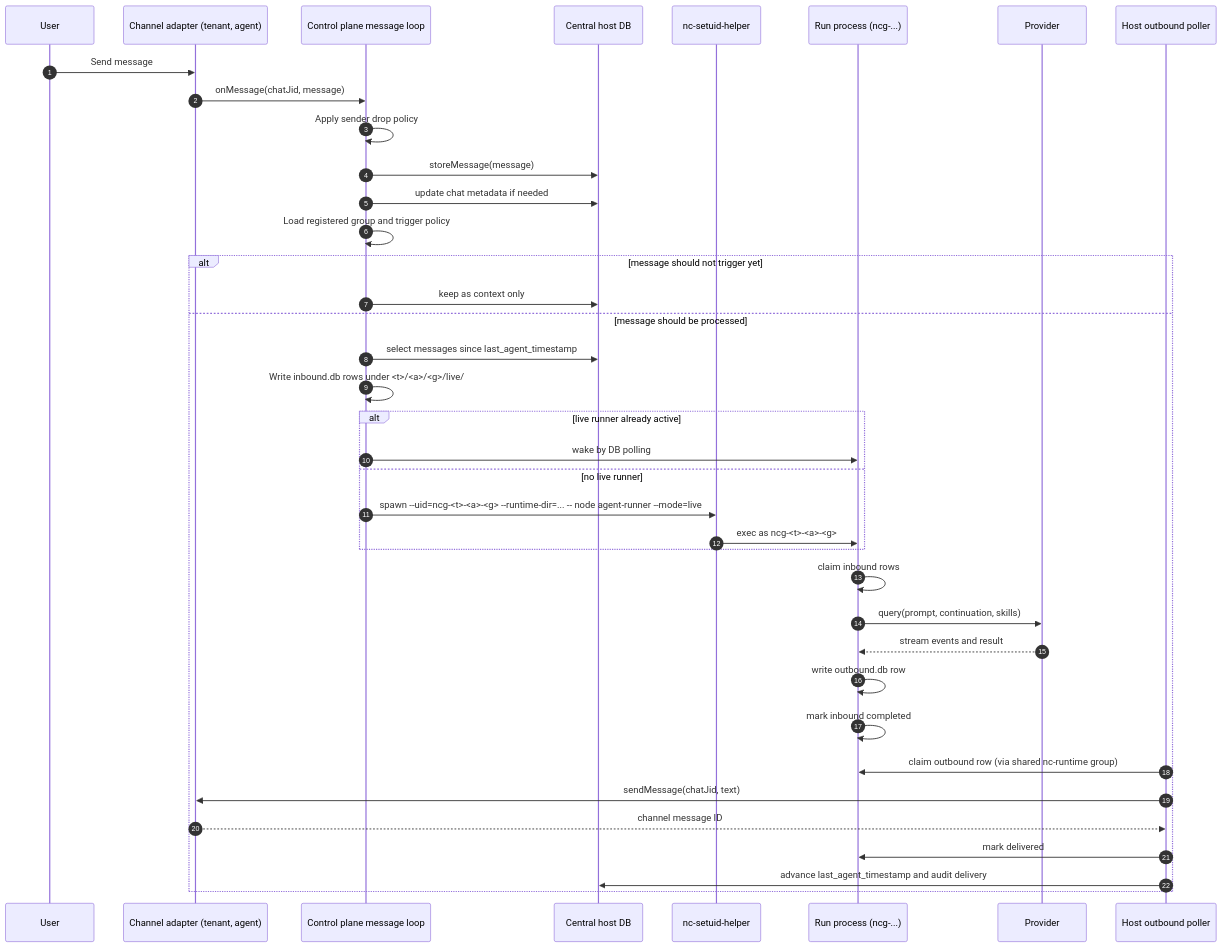
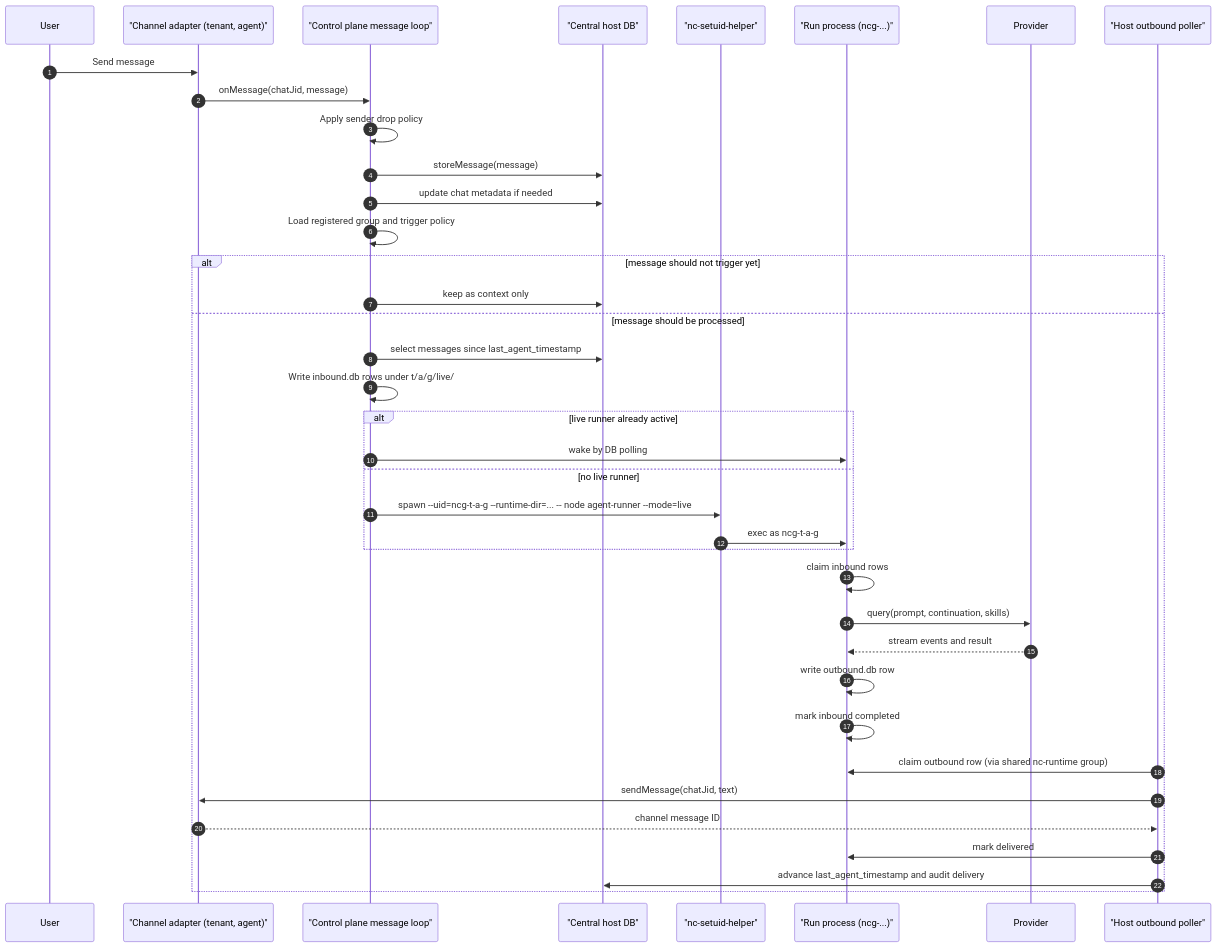
Before and after one commit to xi-qian/nanoclaw: the first of 5 diagrams in docs/runtime-rework/TARGET_ARCHITECTURE_DETAILS.md, drawn with Mermaid. The commit also changed other lines of this file, not shown here.

Commit message:
docs: fix mermaid rendering in target architecture diagrams
Sequence diagrams failed to render because angle brackets in message
text (<t>, <a>, <g>) were interpreted as HTML tags. Fix:
- Quote participant aliases containing parentheses
- Replace <t>/<a>/<g> with t/a/g in message text
- Remove parentheses from message text in tool flow diagram
- Replace /runtime/<t>/<a>/<g>/ with /runtime/t/a/g/ in skill deployment

````diff
--- a/docs/runtime-rework/TARGET_ARCHITECTURE_DETAILS.md
+++ b/docs/runtime-rework/TARGET_ARCHITECTURE_DETAILS.md
@@ -277,41 +277,41 @@
 ```mermaid
 sequenceDiagram
   autonumber
   participant User
-  participant Channel as Channel adapter (tenant, agent)
-  participant Host as Control plane message loop
-  participant DB as Central host DB
-  participant Helper as nc-setuid-helper
-  participant Runner as Run process (ncg-...)
+  participant Channel as "Channel adapter (tenant, agent)"
+  participant Host as "Control plane message loop"
+  participant DB as "Central host DB"
+  participant Helper as "nc-setuid-helper"
+  participant Runner as "Run process (ncg-...)"
   participant Provider
-  participant Outbound as Host outbound poller
+  participant Outbound as "Host outbound poller"
 
   User->>Channel: Send message
   Channel->>Host: onMessage(chatJid, message)
   Host->>Host: Apply sender drop policy
   Host->>DB: storeMessage(message)
   Host->>DB: update chat metadata if needed
   Host->>Host: Load registered group and trigger policy
   alt message should not trigger yet
     Host->>DB: keep as context only
   else message should be processed
     Host->>DB: select messages since last_agent_timestamp
-    Host->>Host: Write inbound.db rows under <t>/<a>/<g>/live/
+    Host->>Host: Write inbound.db rows under t/a/g/live/
     alt live runner already active
       Host->>Runner: wake by DB polling
     else no live runner
-      Host->>Helper: spawn --uid=ncg-<t>-<a>-<g> --runtime-dir=... -- node agent-runner --mode=live
-      Helper->>Runner: exec as ncg-<t>-<a>-<g>
+      Host->>Helper: spawn --uid=ncg-t-a-g --runtime-dir=... -- node agent-runner --mode=live
+      Helper->>Runner: exec as ncg-t-a-g
     end
     Runner->>Runner: claim inbound rows
     Runner->>Provider: query(prompt, continuation, skills)
     Provider-->>Runner: stream events and result
     Runner->>Runner: write outbound.db row
     Runner->>Runner: mark inbound completed
     Outbound->>Runner: claim outbound row (via shared nc-runtime group)
     Outbound->>Channel: sendMessage(chatJid, text)
     Channel-->>Outbound: channel message ID
     Outbound->>Runner: mark delivered
     Outbound->>DB: advance last_agent_timestamp and audit delivery
   end
 ```
````
